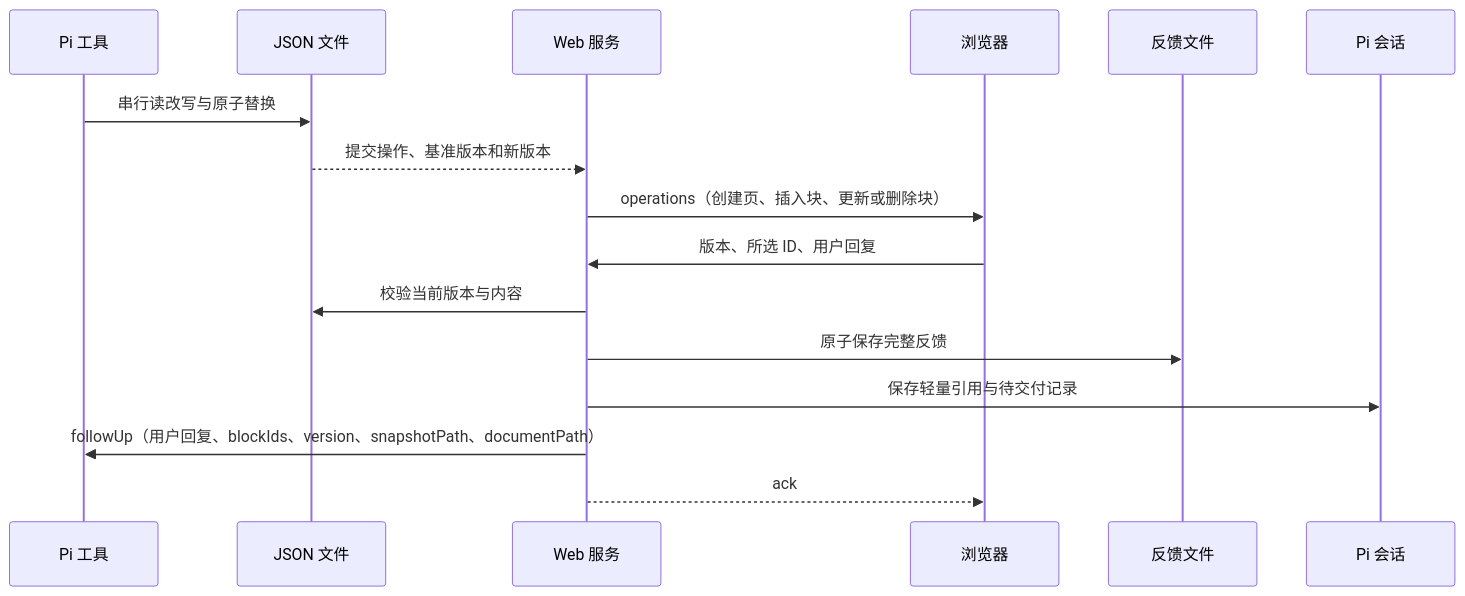
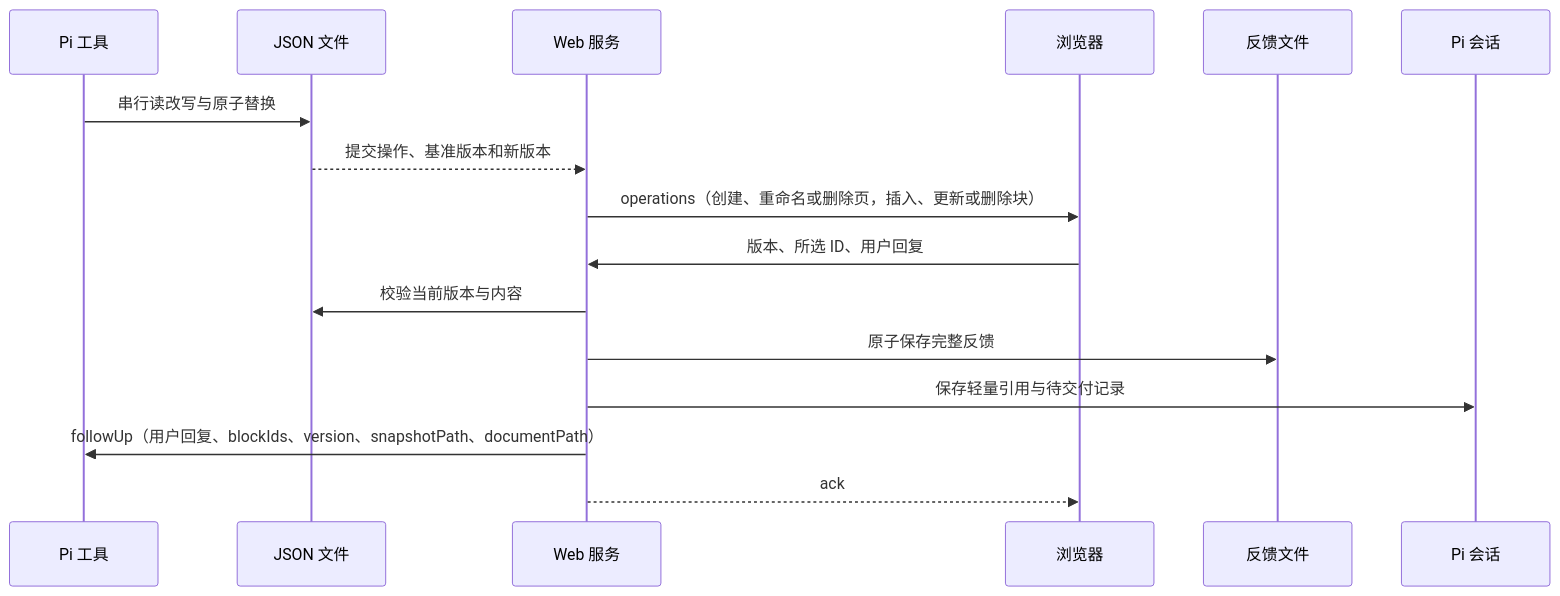
The second of 2 diagrams in extensions/canvas-note/docs/architecture.md (aqua2k1/pi-kits), drawn with Mermaid before and after one commit. The commit also changed other lines of this file and 18 other files, not shown here.

````diff
--- a/extensions/canvas-note/docs/architecture.md
+++ b/extensions/canvas-note/docs/architecture.md
@@ -43,18 +45,18 @@
 ```mermaid
 sequenceDiagram
   participant Pi as Pi 工具
   participant JSON as JSON 文件
   participant Server as Web 服务
   participant Browser as 浏览器
   participant Feedback as 反馈文件
   participant Session as Pi 会话
   Pi->>JSON: 串行读改写与原子替换
   JSON-->>Server: 提交操作、基准版本和新版本
-  Server->>Browser: operations（创建页、插入块、更新或删除块）
+  Server->>Browser: operations（创建、重命名或删除页，插入、更新或删除块）
   Browser->>Server: 版本、所选 ID、用户回复
   Server->>JSON: 校验当前版本与内容
   Server->>Feedback: 原子保存完整反馈
   Server->>Session: 保存轻量引用与待交付记录
   Server->>Pi: followUp（用户回复、blockIds、version、snapshotPath、documentPath）
   Server-->>Browser: ack
 ```
````
